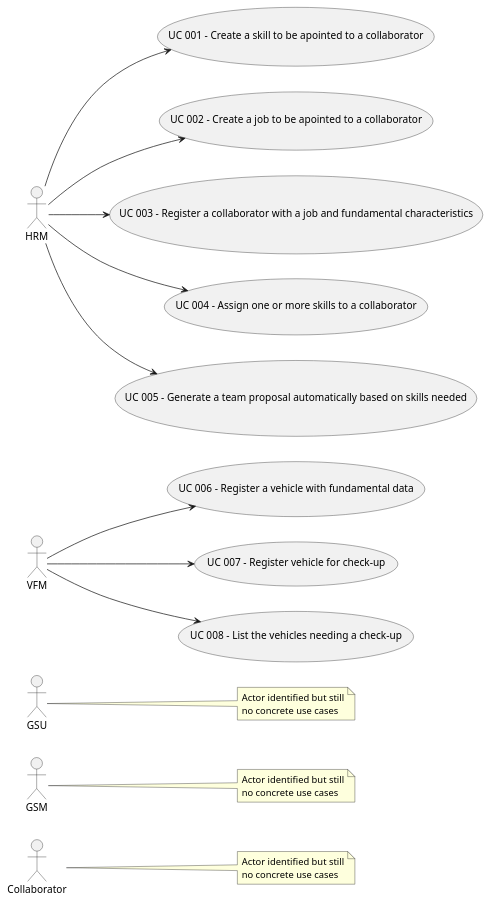
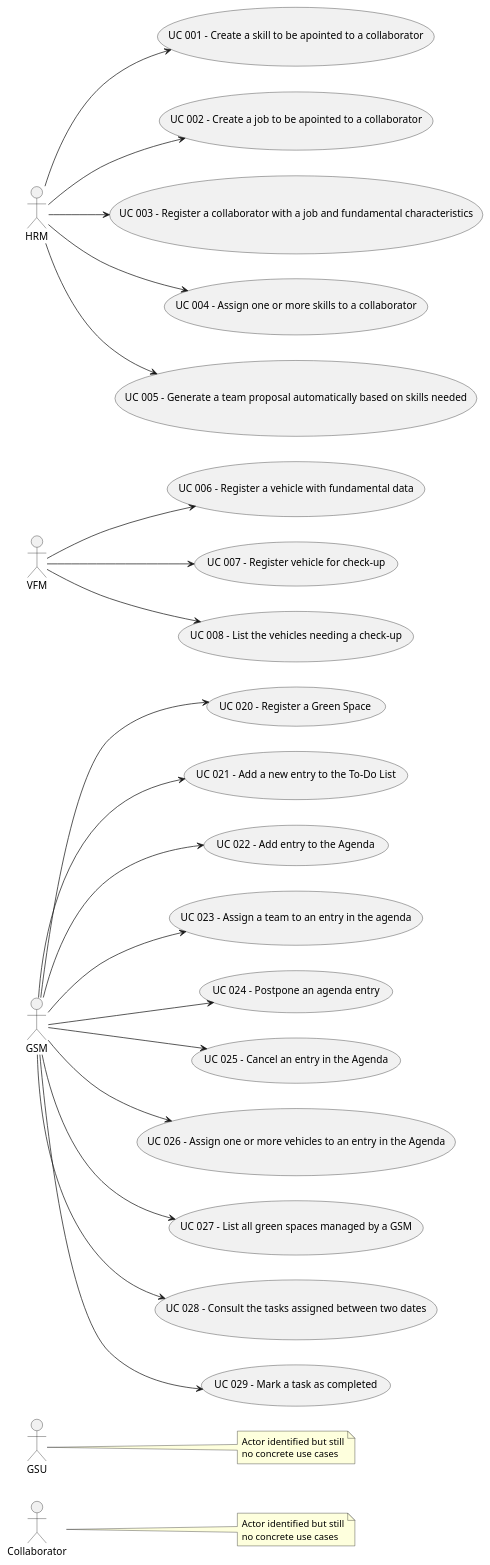
One commit to Departamento-de-Engenharia-Informatica/lei-24-s2-1do-g164 changed the diagram in docs/sprintC/global-artifacts/01.requirements-engineering/puml/use-case-diagram.puml. Above: the diagram before and after it, drawn with PlantUML. The commit also changed 13 other files, not shown here.

Commit message:
(docs): use case diagram updated

```diff
--- a/docs/sprintC/global-artifacts/01.requirements-engineering/puml/use-case-diagram.puml
+++ b/docs/sprintC/global-artifacts/01.requirements-engineering/puml/use-case-diagram.puml
@@ -1,50 +1,69 @@
 @startuml
 '   skinparam monochrome true
 skinparam packageStyle rectangle
 'skinparam shadowing false
 
 skinparam rectangle{
     BorderColor yellow
 }
 
 
 left to right direction
 
     actor Collaborator
+
+    actor GSU
     actor GSM
-    actor GSU
-    note right of GSM
-        Actor identified but still
-        no concrete use cases
-    end note
+
+
 
     note right of Collaborator
         Actor identified but still
         no concrete use cases
     end note
 
     note right of GSU
             Actor identified but still
             no concrete use cases
     end note
 
 
 
     usecase "UC 006 - Register a vehicle with fundamental data" as UC6
     "VFM" --> UC6
     usecase "UC 007 - Register vehicle for check-up" as UC7
     "VFM" --> UC7
     usecase "UC 008 - List the vehicles needing a check-up" as UC8
     "VFM" --> UC8
     usecase "UC 001 - Create a skill to be apointed to a collaborator" as UC1
     "HRM" --> UC1
     usecase "UC 002 - Create a job to be apointed to a collaborator" as UC2
     "HRM" --> UC2
     usecase "UC 003 - Register a collaborator with a job and fundamental characteristics" as UC3
     "HRM" --> UC3
     usecase "UC 004 - Assign one or more skills to a collaborator" as UC4
     "HRM" --> UC4
     usecase "UC 005 - Generate a team proposal automatically based on skills needed" as UC5
     "HRM" --> UC5
 
+    usecase "UC 020 - Register a Green Space" as UC20
+    GSM --> UC20
+    usecase "UC 021 - Add a new entry to the To-Do List" as UC21
+    GSM --> UC21
+    usecase "UC 022 - Add entry to the Agenda" as UC22
+    GSM --> UC22
+    usecase "UC 023 - Assign a team to an entry in the agenda" as UC23
+    GSM --> UC23
+    usecase "UC 024 - Postpone an agenda entry" as UC24
+    GSM --> UC24
+    usecase "UC 025 - Cancel an entry in the Agenda" as UC25
+    GSM --> UC25
+    usecase "UC 026 - Assign one or more vehicles to an entry in the Agenda" as UC26
+    GSM --> UC26
+    usecase "UC 027 - List all green spaces managed by a GSM" as UC27
+    GSM --> UC27
+    usecase "UC 028 - Consult the tasks assigned between two dates" as UC28
+    GSM --> UC28
+    usecase "UC 029 - Mark a task as completed" as UC29
+    GSM --> UC29
 @enduml
```
